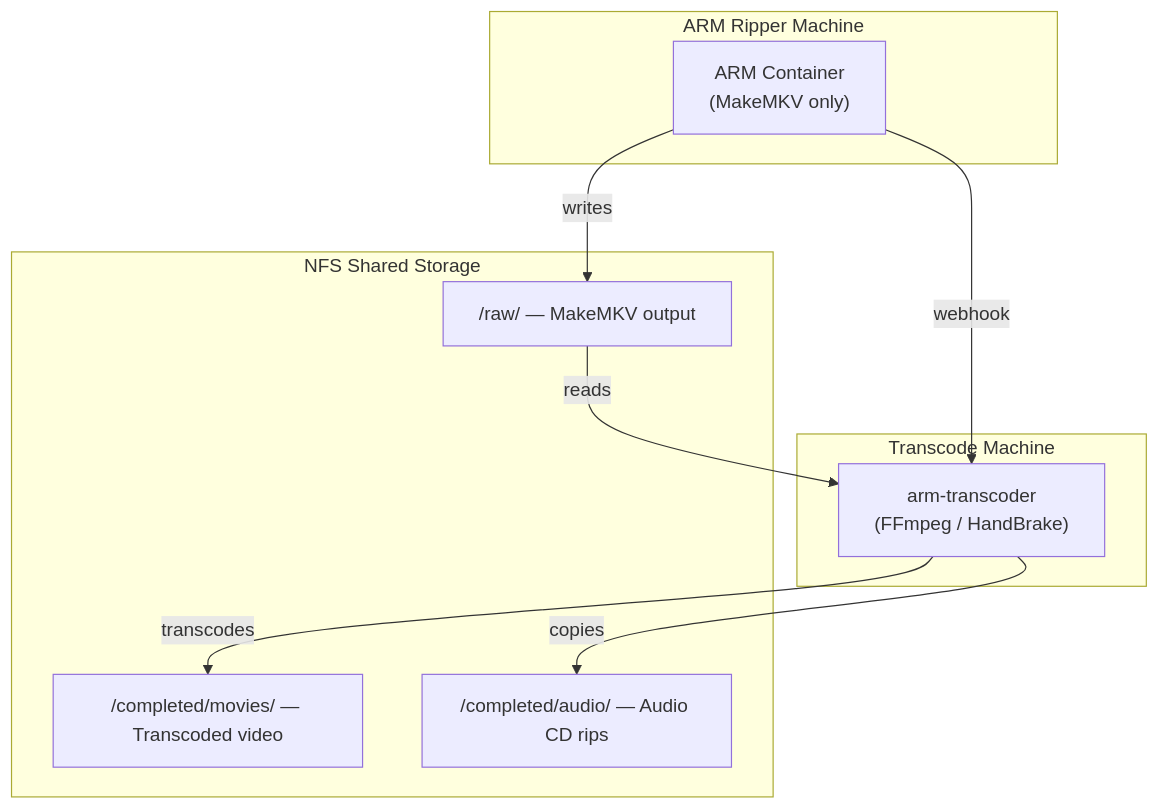
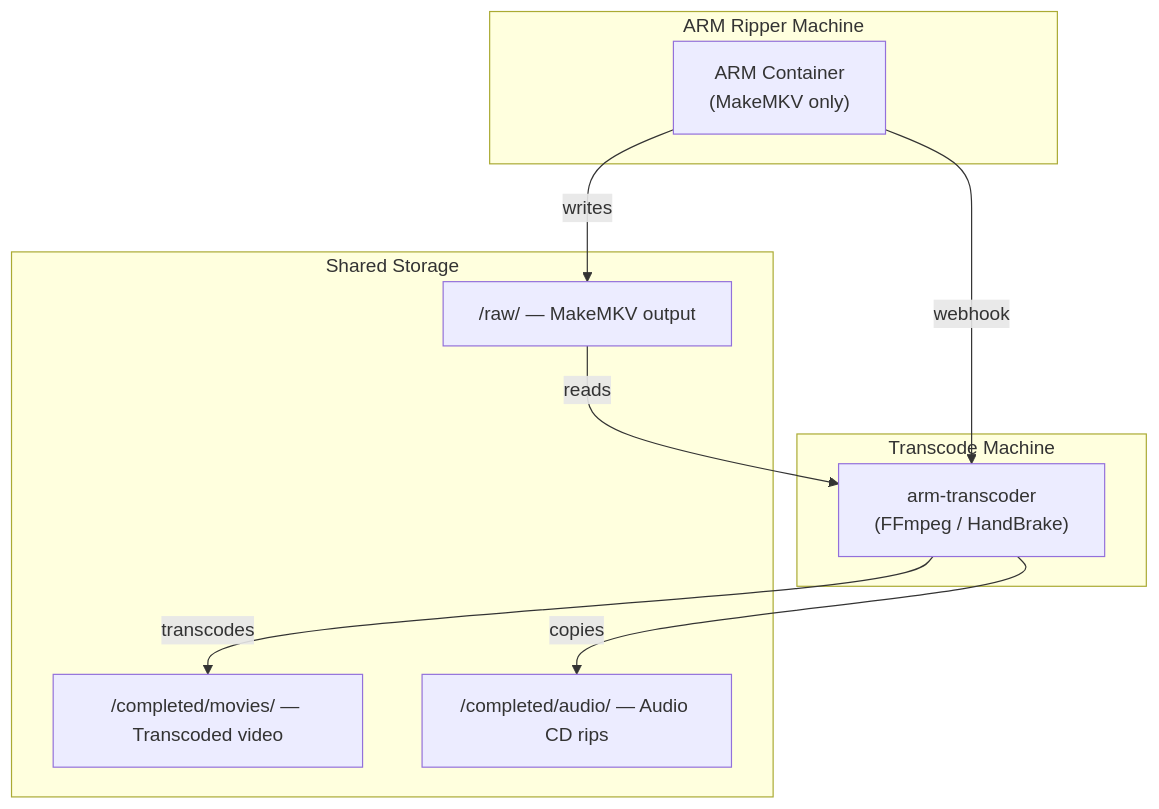
One commit to uprightbass360/automatic-ripping-machine-transcoder changed the diagram in README.md. Above: the diagram before and after it, drawn with Mermaid. The commit also changed other lines of this file, not shown here.

````diff
--- a/README.md
+++ b/README.md
@@ -38,22 +38,22 @@
 ```mermaid
 flowchart TB
     subgraph ripper["ARM Ripper Machine"]
         ARM["ARM Container<br/>(MakeMKV only)"]
     end
 
     subgraph transcoder["Transcode Machine"]
         TC["arm-transcoder<br/>(FFmpeg / HandBrake)"]
     end
 
-    subgraph nfs["NFS Shared Storage"]
+    subgraph storage["Shared Storage"]
         RAW["/raw/ — MakeMKV output"]
         DONE["/completed/movies/ — Transcoded video"]
         AUDIO["/completed/audio/ — Audio CD rips"]
     end
 
     ARM -- "webhook" --> TC
     ARM -- "writes" --> RAW
     RAW -- "reads" --> TC
     TC -- "transcodes" --> DONE
     TC -- "copies" --> AUDIO
 ```
````
